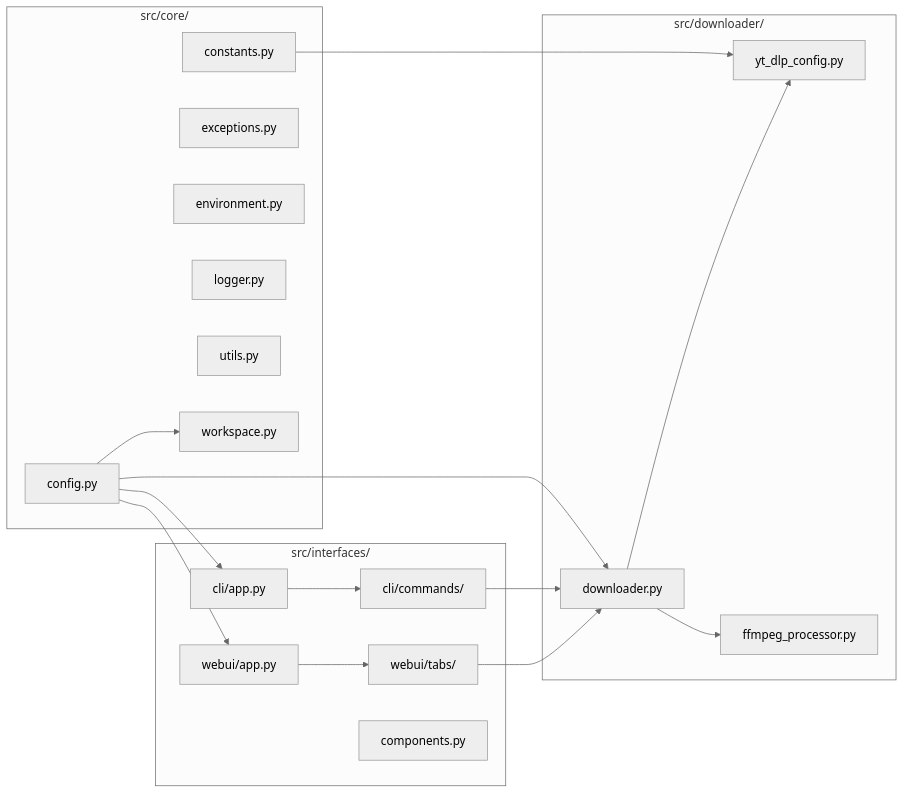
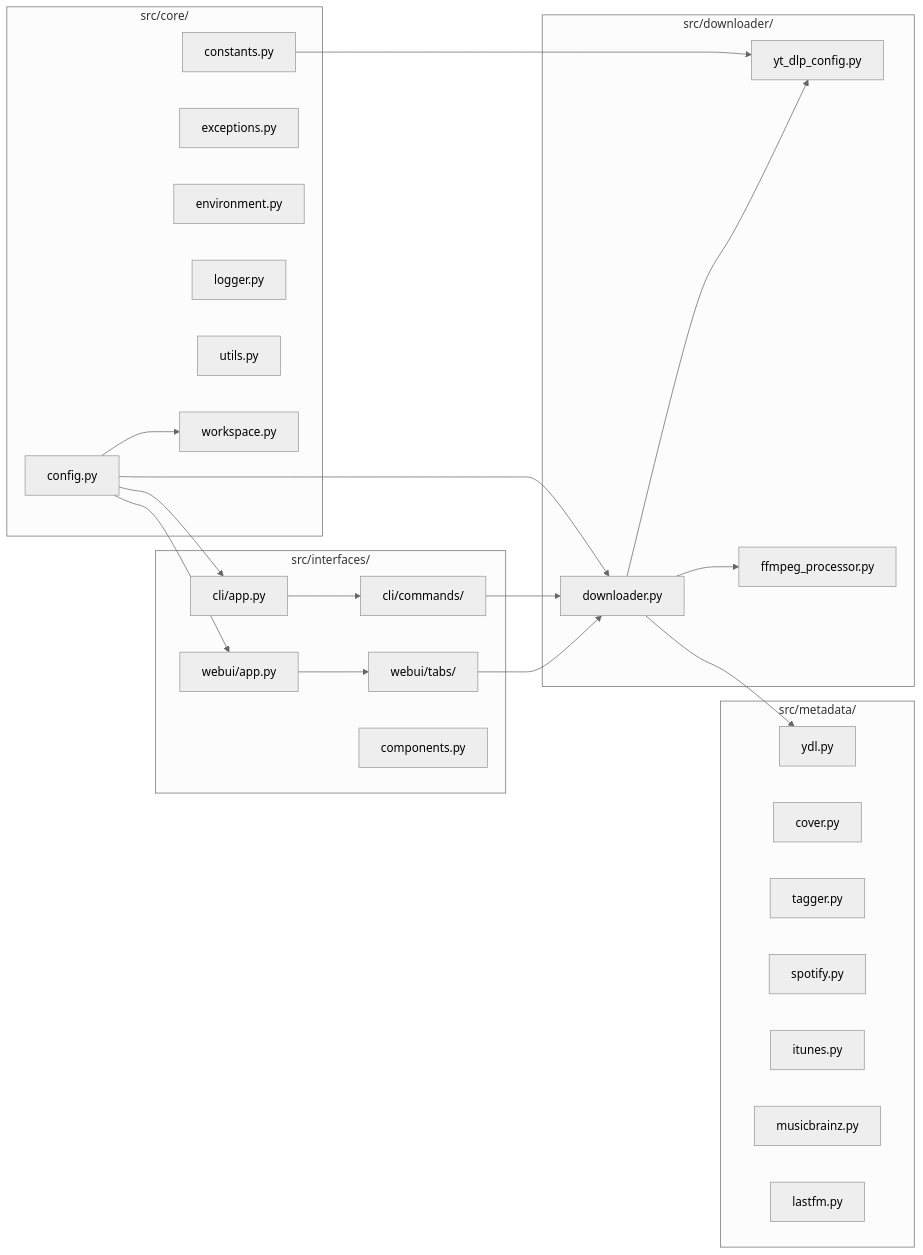
Before and after one commit to dimaskiddo/yt-dl: the first of 4 diagrams in docs/ARCHITECTURE.md, drawn with Mermaid (neutral theme). The commit also changed other lines of this file and 4 other files, not shown here.

````diff
--- a/docs/ARCHITECTURE.md
+++ b/docs/ARCHITECTURE.md
@@ -9,41 +9,53 @@
 ```mermaid
 graph LR
     subgraph core["src/core/"]
         Config["config.py"]
         Constants["constants.py"]
         Exceptions["exceptions.py"]
         Environment["environment.py"]
         Logger["logger.py"]
         Utils["utils.py"]
         Workspace["workspace.py"]
     end
 
     subgraph downloader["src/downloader/"]
         YtdlConfig["yt_dlp_config.py"]
         Downloader["downloader.py"]
         FFmpeg["ffmpeg_processor.py"]
     end
 
+    subgraph metadata["src/metadata/"]
+        YDL["ydl.py"]
+        Cover["cover.py"]
+        Tagger["tagger.py"]
+        Utils["utils.py"]
+        Spotify["spotify.py"]
+        Itunes["itunes.py"]
+        MusicBrainz["musicbrainz.py"]
+        Lastfm["lastfm.py"]
+    end
+
     subgraph interfaces["src/interfaces/"]
         CLIApp["cli/app.py"]
         CLICmds["cli/commands/"]
         WebUIApp["webui/app.py"]
         WebUITabs["webui/tabs/"]
         Components["components.py"]
     end
 
     Config --> Downloader
     Config --> CLIApp
     Config --> WebUIApp
     Config --> Workspace
     Constants --> YtdlConfig
 
     Downloader --> FFmpeg
     Downloader --> YtdlConfig
+    Downloader --> YDL
 
     CLIApp --> CLICmds
     CLICmds --> Downloader
 
     WebUIApp --> WebUITabs
     WebUITabs --> Downloader
 ```
````
